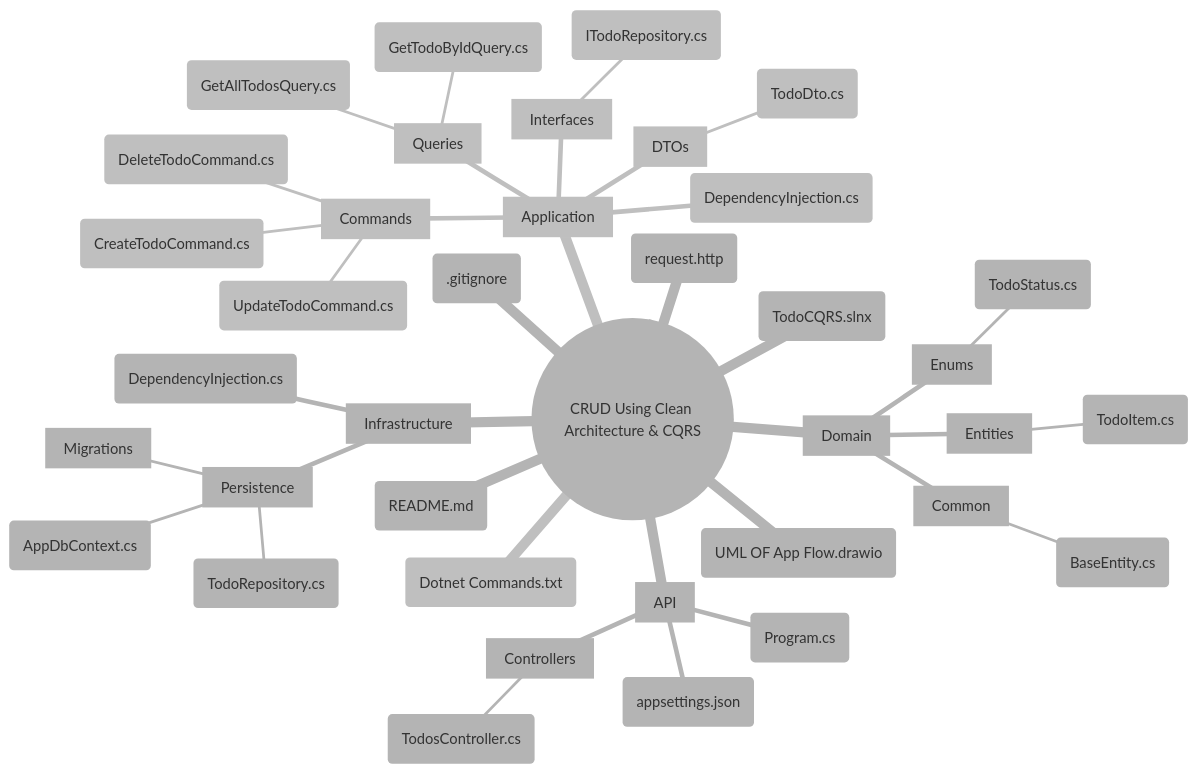
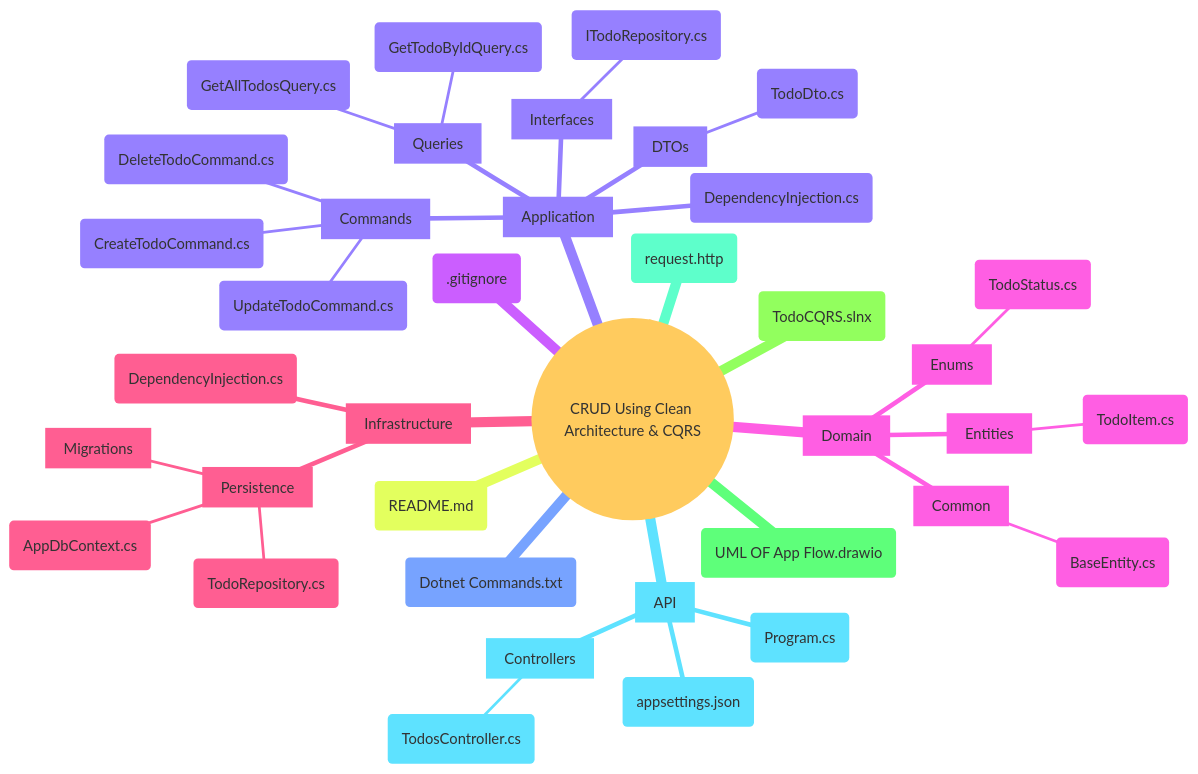
One commit to YoussefS3eed/CRUD-Using-Clean-Architecture-and-CQRS changed the diagram in README.md. Above: the diagram before and after it, drawn with Mermaid.

Commit message:
Inhance README File

````diff
--- a/README.md
+++ b/README.md
@@ -51,42 +51,42 @@
 ```mermaid
-%%{init: {"theme":"base","themeVariables":{"background":"#ffffff", "primaryColor":"#f4f4f4", "primaryBorderColor":"#333", "lineColor":"#333"}}}%%
+%%{init: {"theme":"base","themeVariables":{"background":"#ffffff"}}}%%
 mindmap
   root(("CRUD Using Clean Architecture & CQRS"))
     (.gitignore)
     (Dotnet Commands.txt)
     (README.md)
     (TodoCQRS.slnx)
     (UML OF App Flow.drawio)
     (request.http)
     [API]
       [Controllers]
         (TodosController.cs)
       (Program.cs)
       (appsettings.json)
     [Application]
       [Commands]
         (CreateTodoCommand.cs)
         (UpdateTodoCommand.cs)
         (DeleteTodoCommand.cs)
       [Queries]
         (GetAllTodosQuery.cs)
         (GetTodoByIdQuery.cs)
       [DTOs]
         (TodoDto.cs)
       [Interfaces]
         (ITodoRepository.cs)
       (DependencyInjection.cs)
     [Domain]
       [Entities]
         (TodoItem.cs)
       [Common]
         (BaseEntity.cs)
       [Enums]
         (TodoStatus.cs)
     [Infrastructure]
       [Persistence]
         (AppDbContext.cs)
         [Migrations]
         (TodoRepository.cs)
       (DependencyInjection.cs)
 ```
````
